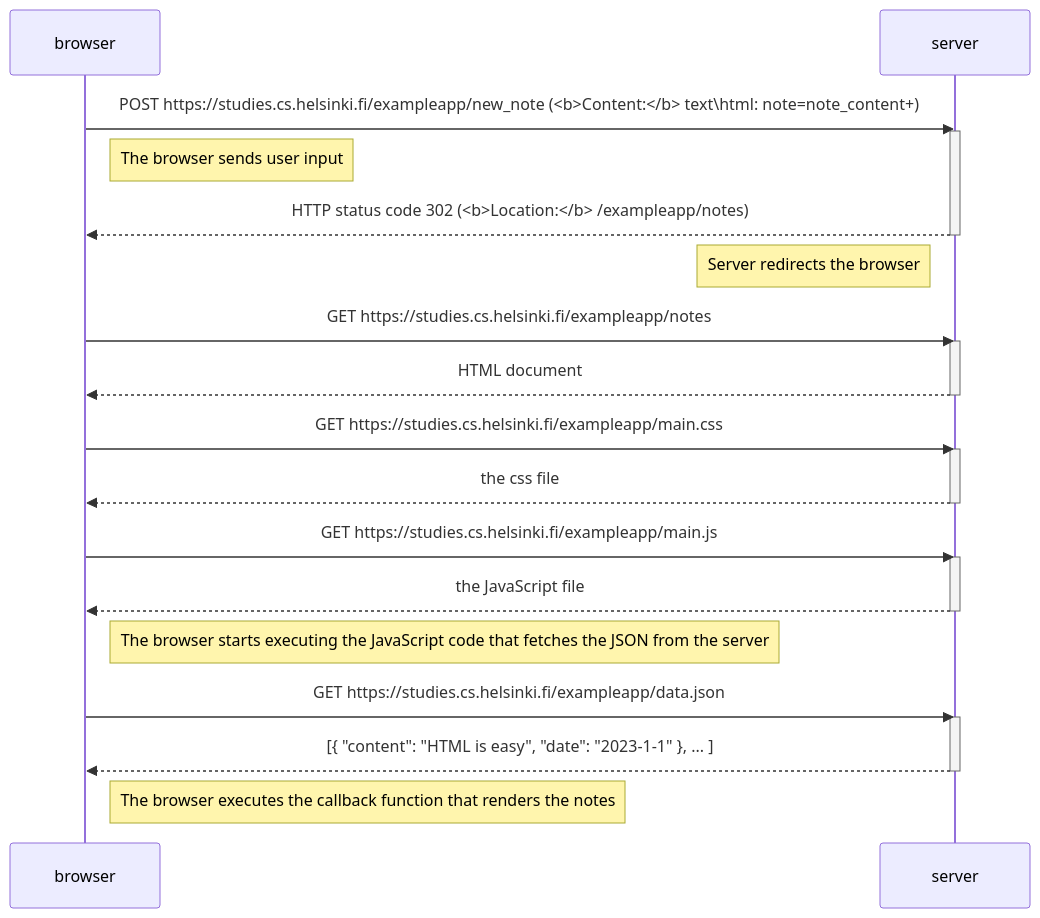
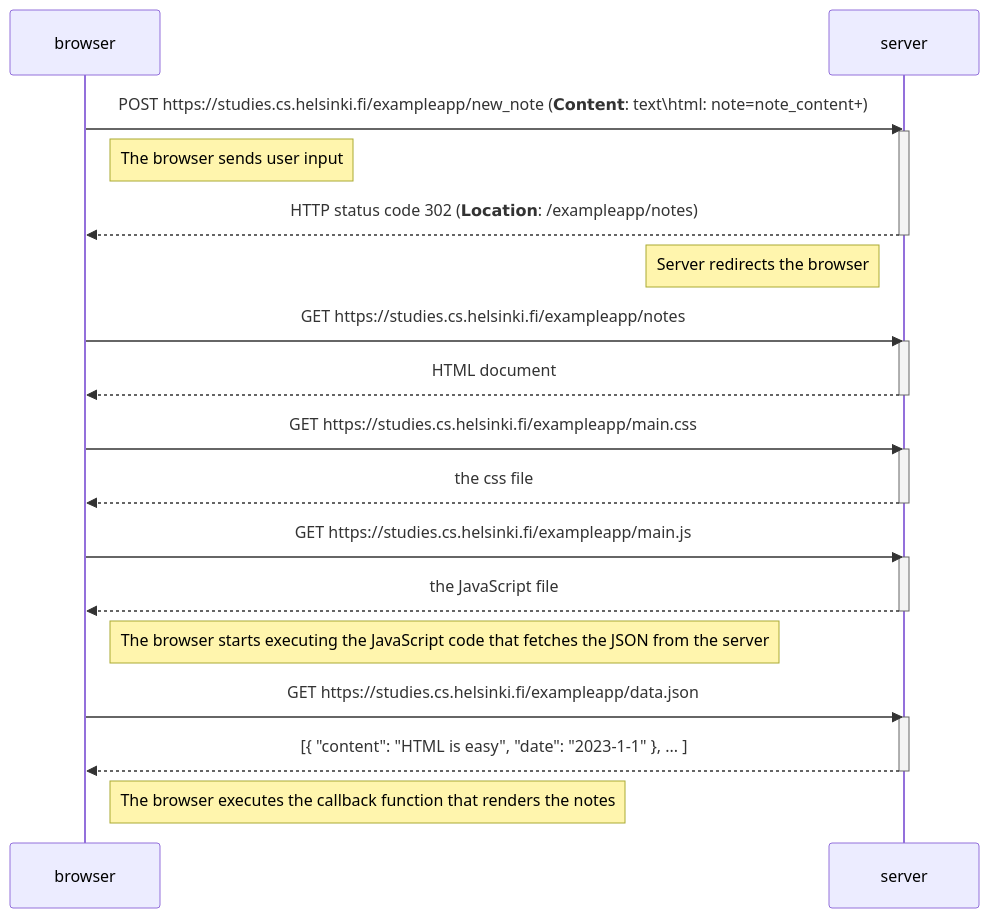
The diagram in diagram.md (Gr701/intro), drawn with Mermaid before and after one commit.

````diff
--- a/diagram.md
+++ b/diagram.md
@@ -1,35 +1,35 @@
 ```mermaid
     sequenceDiagram
                 
-        browser->>server: POST https://studies.cs.helsinki.fi/exampleapp/new_note (<b>Content:</b> text\html: note=note_content+)
+        browser->>server: POST https://studies.cs.helsinki.fi/exampleapp/new_note (𝗖𝗼𝗻𝘁𝗲𝗻𝘁: text\html: note=note_content+)
         activate server
         Note right of browser: The browser sends user input
-        server-->>browser: HTTP status code 302 (<b>Location:</b> /exampleapp/notes)
+        server-->>browser: HTTP status code 302 (𝗟𝗼𝗰𝗮𝘁𝗶𝗼𝗻: /exampleapp/notes)
         deactivate server
         Note left of server: Server redirects the browser
         
         browser->>server: GET https://studies.cs.helsinki.fi/exampleapp/notes
         activate server
         server-->>browser: HTML document
         deactivate server
     
         browser->>server: GET https://studies.cs.helsinki.fi/exampleapp/main.css
         activate server
         server-->>browser: the css file
         deactivate server
     
         browser->>server: GET https://studies.cs.helsinki.fi/exampleapp/main.js
         activate server
         server-->>browser: the JavaScript file
         deactivate server
     
         Note right of browser: The browser starts executing the JavaScript code that fetches the JSON from the server
     
         browser->>server: GET https://studies.cs.helsinki.fi/exampleapp/data.json
         activate server
         server-->>browser: [{ "content": "HTML is easy", "date": "2023-1-1" }, ... ]
         deactivate server
     
         Note right of browser: The browser executes the callback function that renders the notes
                              
 ```
````
